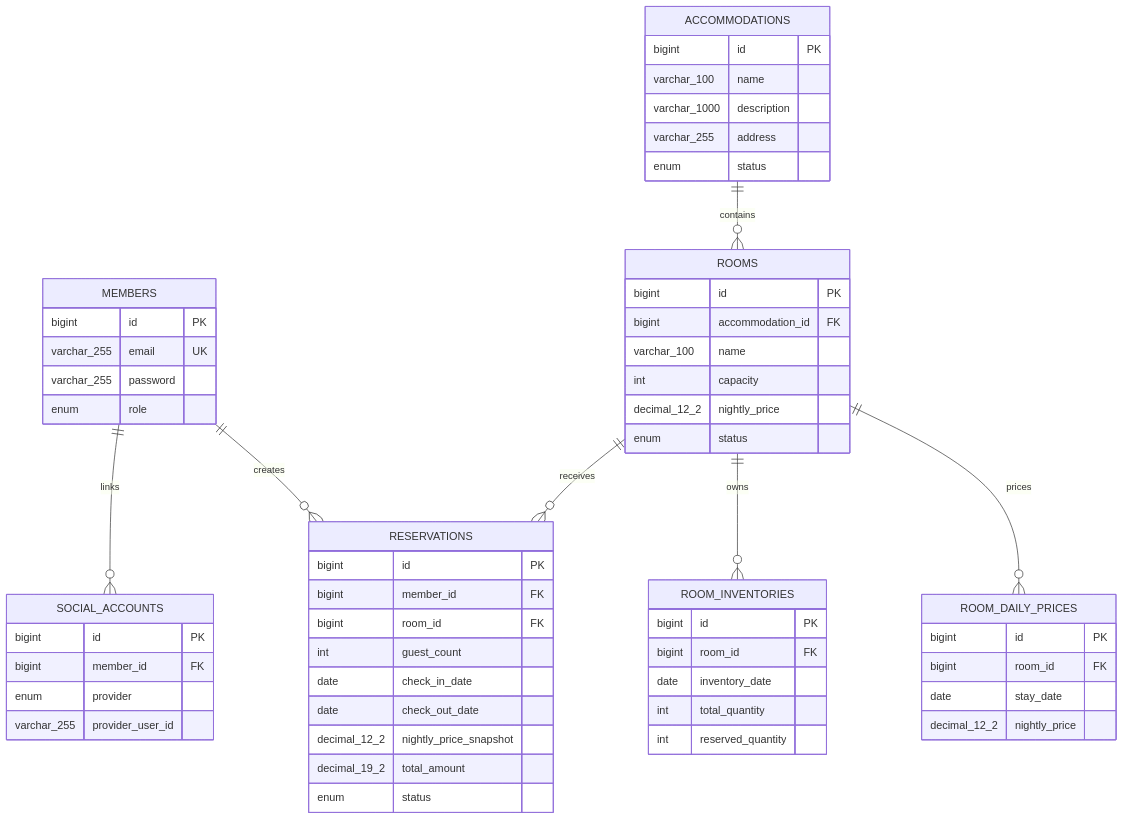
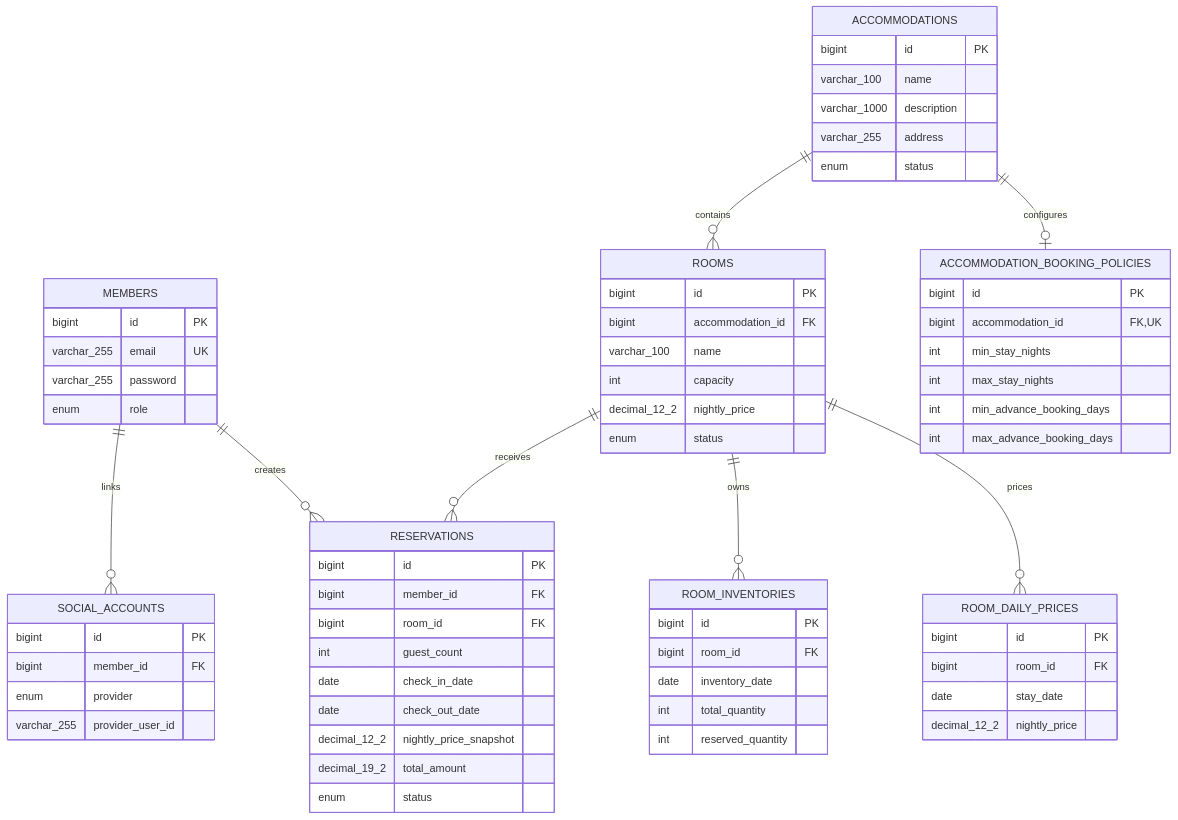
Before and after one commit to K4RF/reservation-platform: the diagram in docs/erd/database-schema.md, drawn with Mermaid. The commit also changed other lines of this file and 4 other files, not shown here.

````diff
--- a/docs/erd/database-schema.md
+++ b/docs/erd/database-schema.md
@@ -9,67 +9,77 @@
 ```mermaid
 erDiagram
     MEMBERS ||--o{ SOCIAL_ACCOUNTS : links
     MEMBERS ||--o{ RESERVATIONS : creates
     ACCOMMODATIONS ||--o{ ROOMS : contains
+    ACCOMMODATIONS ||--o| ACCOMMODATION_BOOKING_POLICIES : configures
     ROOMS ||--o{ RESERVATIONS : receives
     ROOMS ||--o{ ROOM_INVENTORIES : owns
     ROOMS ||--o{ ROOM_DAILY_PRICES : prices
 
     MEMBERS {
         bigint id PK
         varchar_255 email UK
         varchar_255 password
         enum role
     }
 
     SOCIAL_ACCOUNTS {
         bigint id PK
         bigint member_id FK
         enum provider
         varchar_255 provider_user_id
     }
 
     ACCOMMODATIONS {
         bigint id PK
         varchar_100 name
         varchar_1000 description
         varchar_255 address
         enum status
+    }
+
+    ACCOMMODATION_BOOKING_POLICIES {
+        bigint id PK
+        bigint accommodation_id FK,UK
+        int min_stay_nights
+        int max_stay_nights
+        int min_advance_booking_days
+        int max_advance_booking_days
     }
 
     ROOMS {
         bigint id PK
         bigint accommodation_id FK
         varchar_100 name
         int capacity
         decimal_12_2 nightly_price
         enum status
     }
 
     ROOM_INVENTORIES {
         bigint id PK
         bigint room_id FK
         date inventory_date
         int total_quantity
         int reserved_quantity
     }
 
     ROOM_DAILY_PRICES {
         bigint id PK
         bigint room_id FK
         date stay_date
         decimal_12_2 nightly_price
     }
 
     RESERVATIONS {
         bigint id PK
         bigint member_id FK
         bigint room_id FK
         int guest_count
         date check_in_date
         date check_out_date
         decimal_12_2 nightly_price_snapshot
         decimal_19_2 total_amount
         enum status
     }
 ```
````
